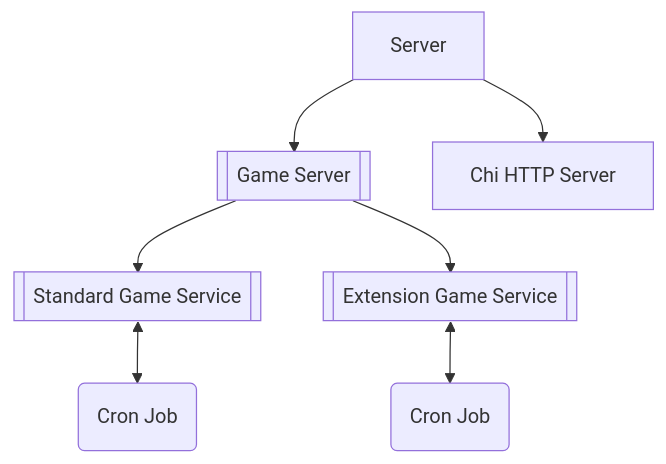
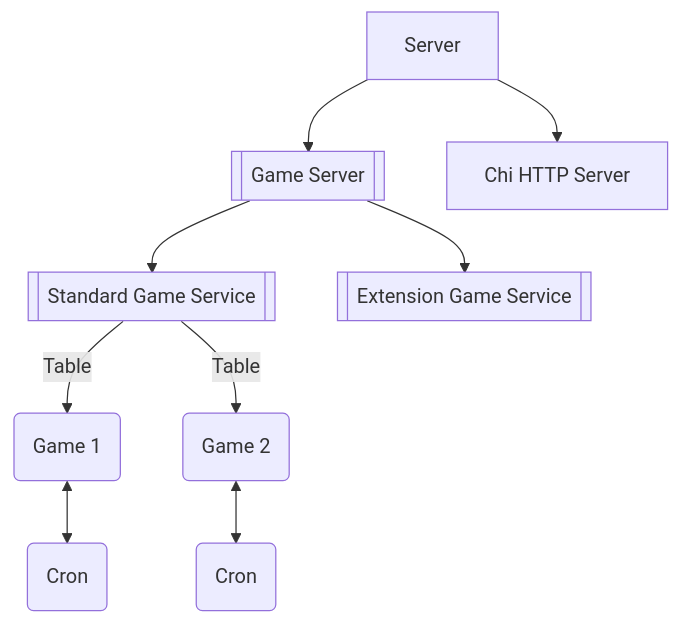
Before and after one commit to Zadigo/myboardgames: the first of 2 diagrams in services/basegame/README.md, drawn with Mermaid. The commit also changed 5 other files, not shown here.

````diff
--- a/services/basegame/README.md
+++ b/services/basegame/README.md
@@ -7,12 +7,15 @@
 ```mermaid
 flowchart
 
 S[Server] --> G[[Game Server]]
 S[Server] --> C[Chi HTTP Server]
 
 G --> ST[[Standard Game Service]]
 G --> EX[[Extension Game Service]]
 
-EX <--> CR1(Cron Job)
-ST <--> CR2(Cron Job)
+ST --> |Table|T1(Game 1)
+ST --> |Table|T2(Game 2)
+
+T1 <--> C1(Cron)
+T2 <--> C2(Cron)
 ```
````
